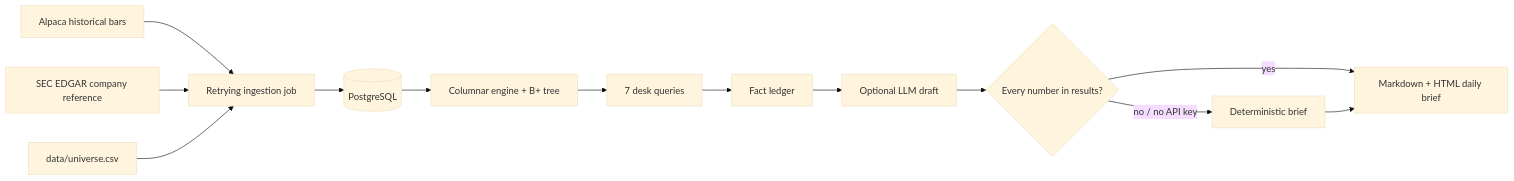
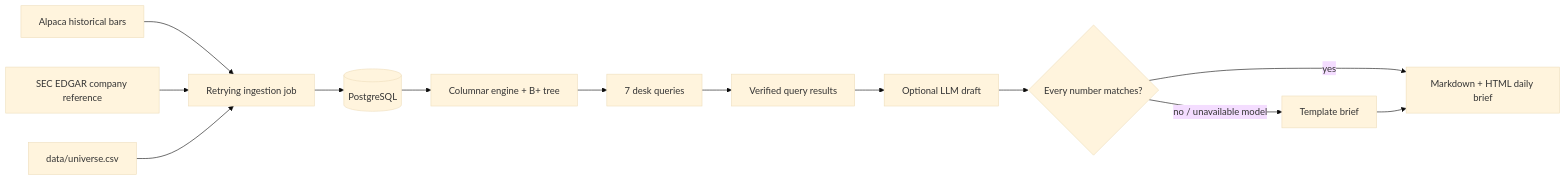
One commit to Neetha10/equities-data-platform-with-ai changed the diagram in README.md. Above: the diagram before and after it, drawn with Mermaid (base theme). The commit also changed other lines of this file and 6 other files, not shown here.

````diff
--- a/README.md
+++ b/README.md
@@ -9,15 +9,15 @@
 ```mermaid
 flowchart LR
   A[Alpaca historical bars] --> I[Retrying ingestion job]
   S[SEC EDGAR company reference] --> I
   U[data/universe.csv] --> I
   I --> P[(PostgreSQL)]
   P --> E[Columnar engine + B+ tree]
   E --> Q[7 desk queries]
-  Q --> F[Fact ledger]
+  Q --> F[Verified query results]
   F --> L[Optional LLM draft]
-  L --> V{Every number in results?}
+  L --> V{Every number matches?}
   V -->|yes| O[Markdown + HTML daily brief]
-  V -->|no / no API key| D[Deterministic brief]
+  V -->|no / unavailable model| D[Template brief]
   D --> O
 ```
````
